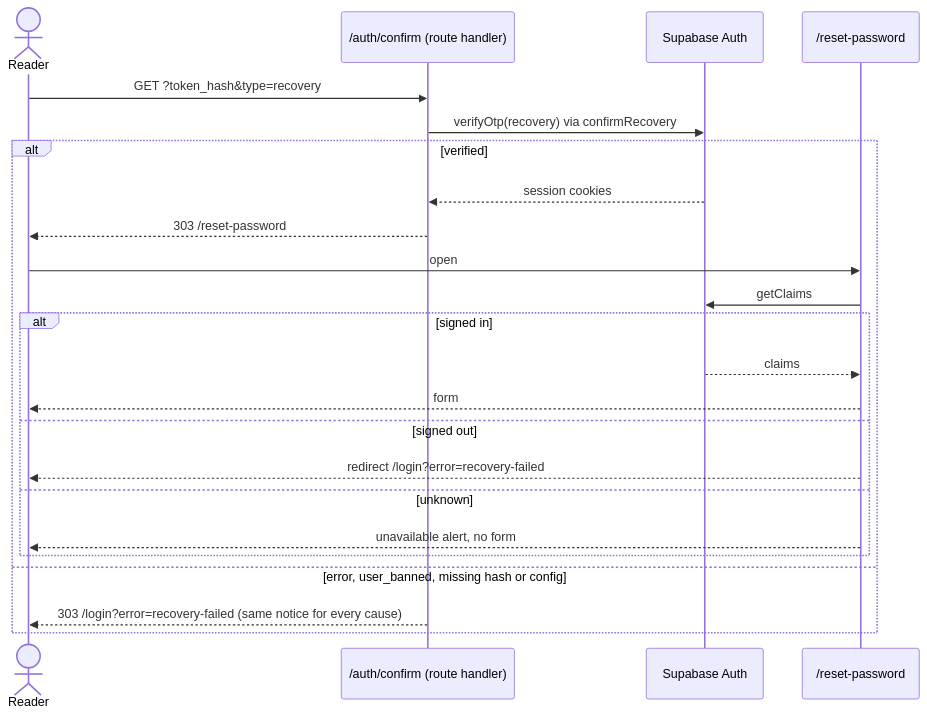
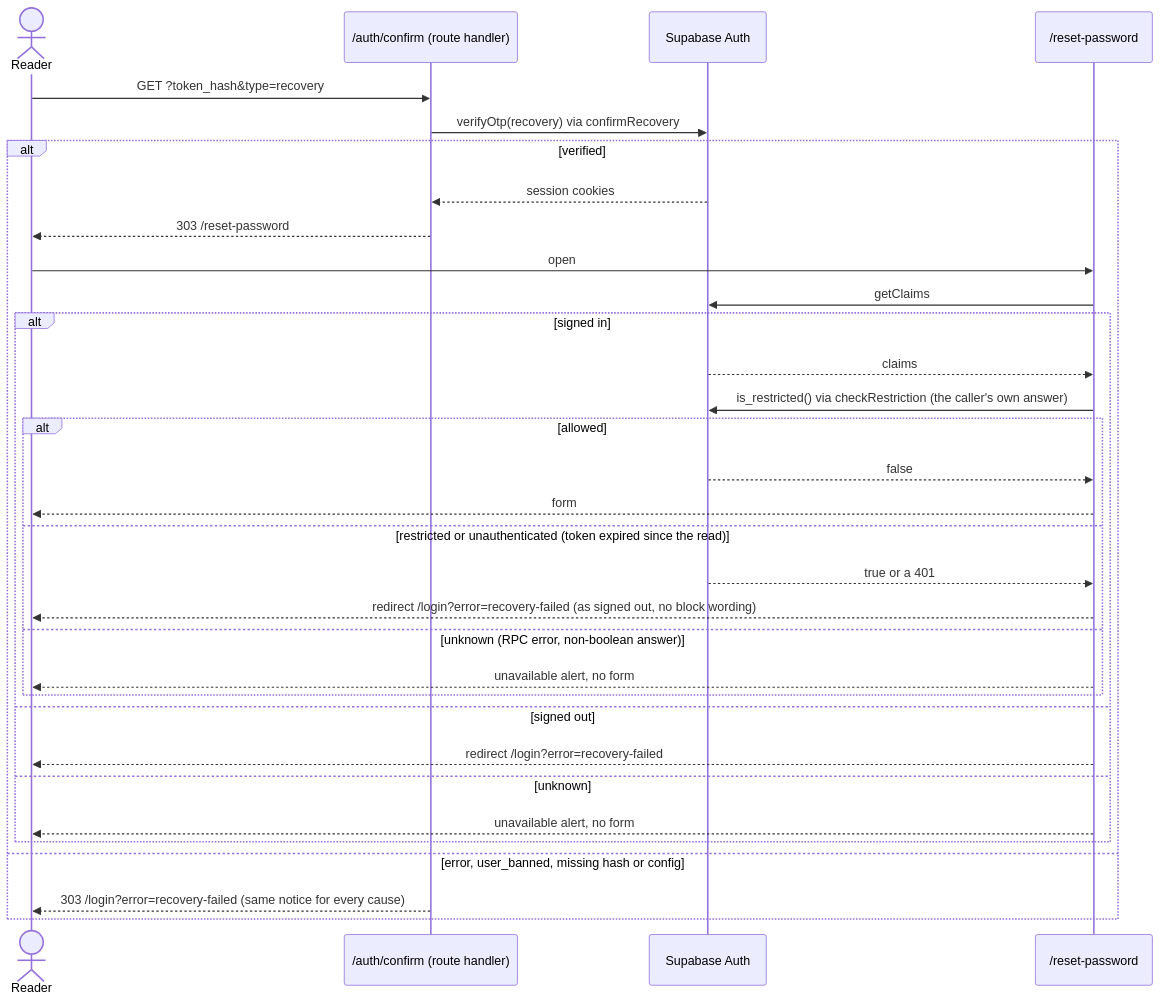
One commit to EvgeniyKrishtopa/Poetry-Hub changed the second of 3 diagrams in openspec/changes/password-recovery/design.md. Above: the diagram before and after it, drawn with Mermaid. The commit also changed other lines of this file and 8 other files, not shown here.

First line of the commit message:
docs(password-recovery): a blocked account never reaches the password page

````diff
--- a/openspec/changes/password-recovery/design.md
+++ b/openspec/changes/password-recovery/design.md
@@ -153,26 +165,35 @@
 ```mermaid
 sequenceDiagram
   actor Reader
   participant Route as /auth/confirm (route handler)
   participant SB as Supabase Auth
   participant Page as /reset-password
 
   Reader->>Route: GET ?token_hash&type=recovery
   Route->>SB: verifyOtp(recovery) via confirmRecovery
   alt verified
     SB-->>Route: session cookies
     Route-->>Reader: 303 /reset-password
     Reader->>Page: open
     Page->>SB: getClaims
     alt signed in
       SB-->>Page: claims
-      Page-->>Reader: form
+      Page->>SB: is_restricted() via checkRestriction (the caller's own answer)
+      alt allowed
+        SB-->>Page: false
+        Page-->>Reader: form
+      else restricted or unauthenticated (token expired since the read)
+        SB-->>Page: true or a 401
+        Page-->>Reader: redirect /login?error=recovery-failed (as signed out, no block wording)
+      else unknown (RPC error, non-boolean answer)
+        Page-->>Reader: unavailable alert, no form
+      end
     else signed out
       Page-->>Reader: redirect /login?error=recovery-failed
     else unknown
       Page-->>Reader: unavailable alert, no form
     end
   else error, user_banned, missing hash or config
     Route-->>Reader: 303 /login?error=recovery-failed (same notice for every cause)
   end
 ```
````
